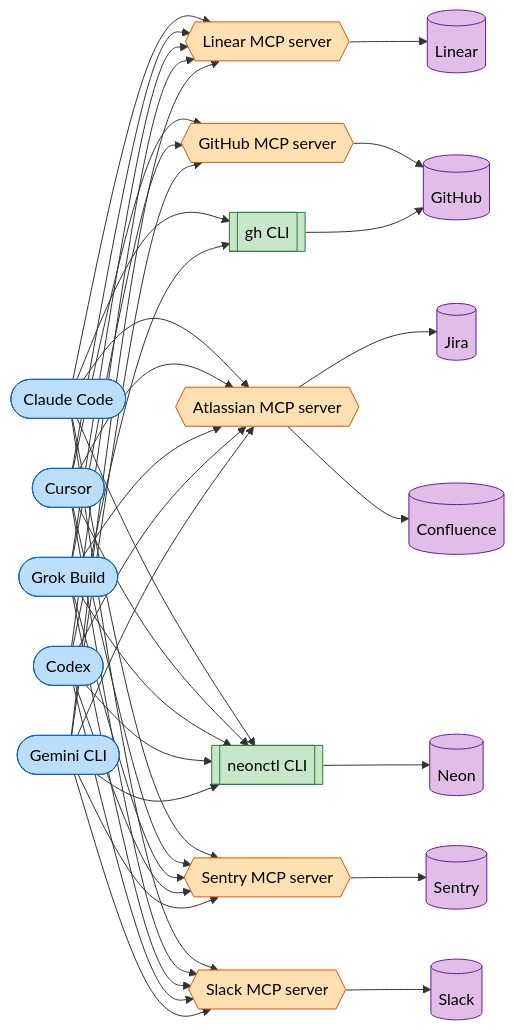
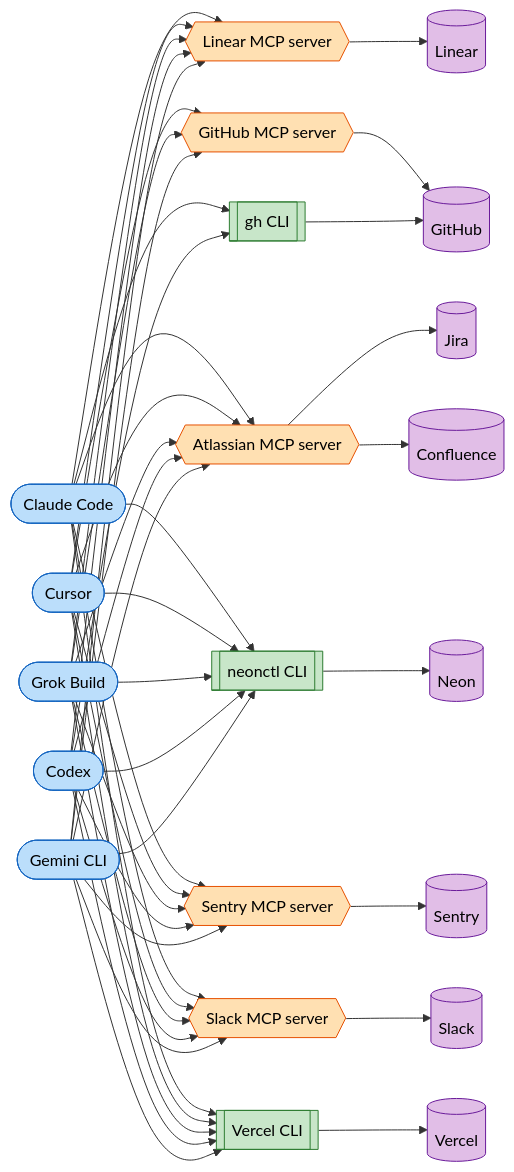
The first of 2 diagrams in README.md (alephic-ai/foac), drawn with Mermaid before and after one commit. The commit also changed other lines of this file and 12 other files, not shown here.

First line of the commit message:
feat: add Vercel provider (#95)

````diff
--- a/README.md
+++ b/README.md
@@ -19,23 +19,24 @@
 ```mermaid
 graph LR
-    CC([Claude Code]) --> LMCP & GHCLI & AMCP & NCLI & SMCP & SLMCP
-    CU([Cursor]) --> LMCP & GHMCP & AMCP & NCLI & SMCP & SLMCP
-    GRK([Grok Build]) --> LMCP & GHMCP & AMCP & NCLI & SMCP & SLMCP
-    CX([Codex]) --> LMCP & GHCLI & AMCP & NCLI & SMCP & SLMCP
-    GEM([Gemini CLI]) --> LMCP & GHMCP & AMCP & NCLI & SMCP & SLMCP
+    CC([Claude Code]) --> LMCP & GHCLI & AMCP & NCLI & SMCP & SLMCP & VCLI
+    CU([Cursor]) --> LMCP & GHMCP & AMCP & NCLI & SMCP & SLMCP & VCLI
+    GRK([Grok Build]) --> LMCP & GHMCP & AMCP & NCLI & SMCP & SLMCP & VCLI
+    CX([Codex]) --> LMCP & GHCLI & AMCP & NCLI & SMCP & SLMCP & VCLI
+    GEM([Gemini CLI]) --> LMCP & GHMCP & AMCP & NCLI & SMCP & SLMCP & VCLI
     LMCP{{Linear MCP server}} --> Linear[(Linear)]
     GHMCP{{GitHub MCP server}} --> GitHub[(GitHub)]
     GHCLI[[gh CLI]] --> GitHub
     AMCP{{Atlassian MCP server}} --> Jira[(Jira)] & Confluence[(Confluence)]
     NCLI[[neonctl CLI]] --> Neon[(Neon)]
     SMCP{{Sentry MCP server}} --> Sentry[(Sentry)]
     SLMCP{{Slack MCP server}} --> Slack[(Slack)]
+    VCLI[[Vercel CLI]] --> Vercel[(Vercel)]
     classDef harness fill:#bbdefb,stroke:#1565c0,color:#000
     classDef mcp fill:#ffe0b2,stroke:#e65100,color:#000
     classDef cli fill:#c8e6c9,stroke:#2e7d32,color:#000
     classDef provider fill:#e1bee7,stroke:#6a1b9a,color:#000
     class CC,CU,GRK,CX,GEM harness
     class LMCP,GHMCP,AMCP,SMCP,SLMCP mcp
-    class GHCLI,NCLI cli
-    class Linear,GitHub,Jira,Confluence,Neon,Sentry,Slack provider
+    class GHCLI,NCLI,VCLI cli
+    class Linear,GitHub,Jira,Confluence,Neon,Sentry,Slack,Vercel provider
 ```
````
